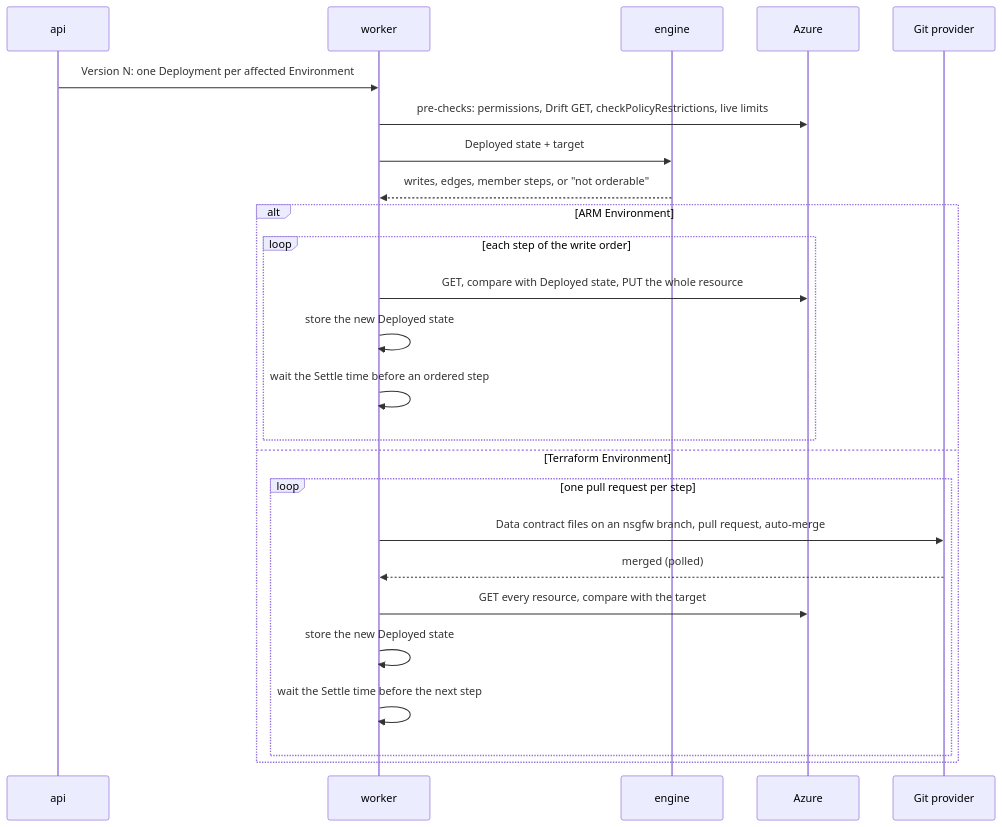
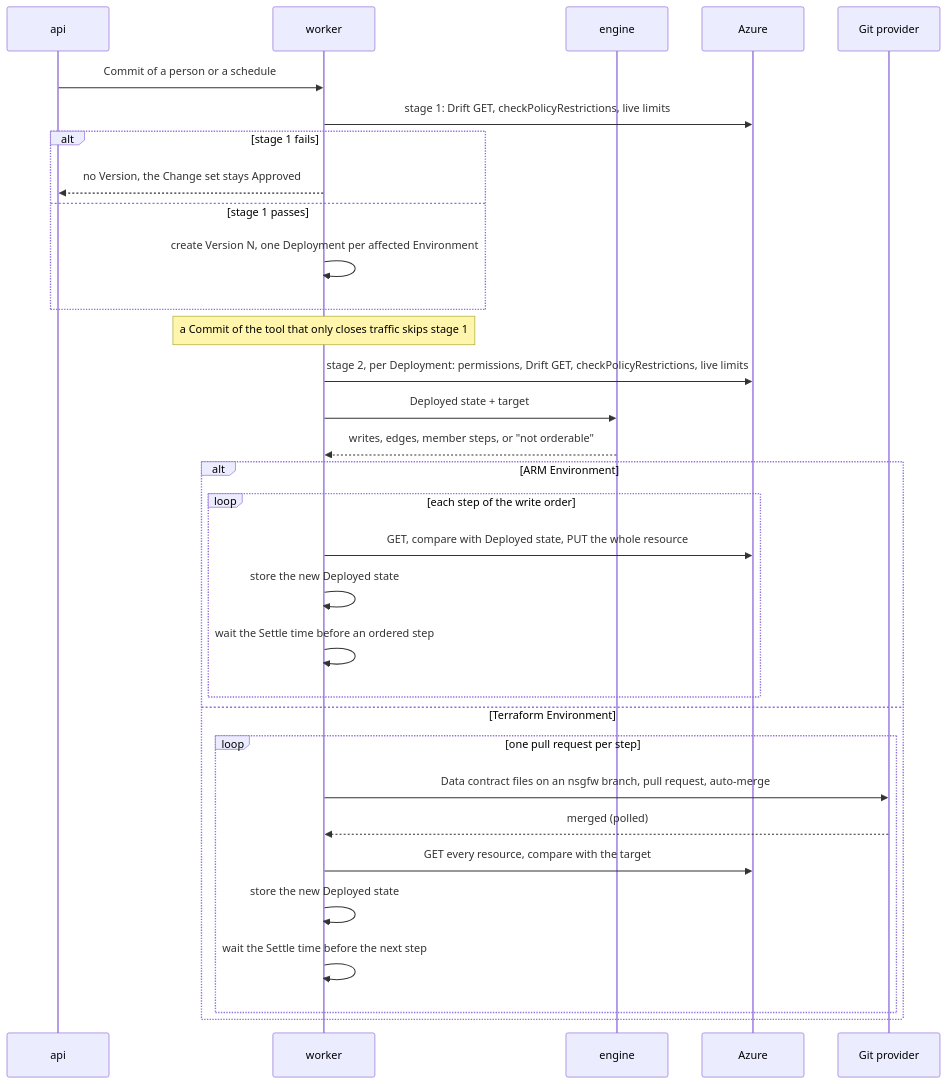
One commit to mfgAkilae/nsgfw changed the fourth of 4 diagrams in docs/design/architecture.md. Above: the diagram before and after it, drawn with Mermaid. The commit also changed other lines of this file and 42 other files, not shown here.

````diff
--- a/docs/design/architecture.md
+++ b/docs/design/architecture.md
@@ -337,27 +395,34 @@
 ```mermaid
 sequenceDiagram
   participant API as api
   participant W as worker
   participant E as engine
   participant AZ as Azure
   participant G as Git provider
-  API->>W: Version N: one Deployment per affected Environment
-  W->>AZ: pre-checks: permissions, Drift GET, checkPolicyRestrictions, live limits
+  API->>W: Commit of a person or a schedule
+  W->>AZ: stage 1: Drift GET, checkPolicyRestrictions, live limits
+  alt stage 1 fails
+    W-->>API: no Version, the Change set stays Approved
+  else stage 1 passes
+    W->>W: create Version N, one Deployment per affected Environment
+  end
+  Note over W: a Commit of the tool that only closes traffic skips stage 1
+  W->>AZ: stage 2, per Deployment: permissions, Drift GET, checkPolicyRestrictions, live limits
   W->>E: Deployed state + target
   E-->>W: writes, edges, member steps, or "not orderable"
   alt ARM Environment
     loop each step of the write order
       W->>AZ: GET, compare with Deployed state, PUT the whole resource
       W->>W: store the new Deployed state
       W->>W: wait the Settle time before an ordered step
     end
   else Terraform Environment
     loop one pull request per step
       W->>G: Data contract files on an nsgfw branch, pull request, auto-merge
       G-->>W: merged (polled)
       W->>AZ: GET every resource, compare with the target
       W->>W: store the new Deployed state
       W->>W: wait the Settle time before the next step
     end
   end
 ```
````
